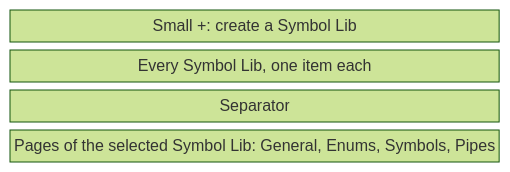
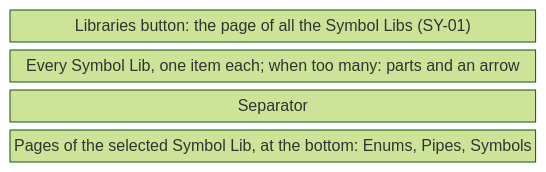
The first of 14 diagrams in screens/symbols.md (AlexandreGallais/synoptic-studio-spec), drawn with Mermaid (forest theme) before and after one commit. The commit also changed other lines of this file and 11 other files, not shown here.

First line of the commit message:
docs(symbols): rewrite the navigation bar of the symbol mode

````diff
--- a/screens/symbols.md
+++ b/screens/symbols.md
@@ -11,8 +11,8 @@
 ```mermaid
 block-beta
     columns 1
-    plus["Small +: create a Symbol Lib"]
-    libs["Every Symbol Lib, one item each"]
+    lib["Libraries button: the page of all the Symbol Libs (SY-01)"]
+    libs["Every Symbol Lib, one item each; when too many: parts and an arrow"]
     sep["Separator"]
-    pages["Pages of the selected Symbol Lib: General, Enums, Symbols, Pipes"]
+    pages["Pages of the selected Symbol Lib, at the bottom: Enums, Pipes, Symbols"]
 ```
````
